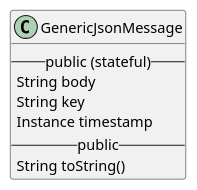
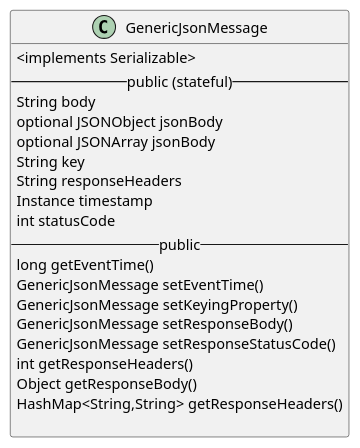
The diagram in docs/diagrams/GenericJsonResponse.puml (datakaveri/iudx-adaptor-framework), drawn with PlantUML before and after one commit. The commit also changed 31 other files, not shown here.

Commit message:
HttpSource flow primer up

```diff
--- a/docs/diagrams/GenericJsonResponse.puml
+++ b/docs/diagrams/GenericJsonResponse.puml
@@ -1,10 +1,23 @@
 @startuml
 class GenericJsonMessage  {
+    <implements Serializable>
   -- public (stateful) --
   String body
+  optional JSONObject jsonBody
+  optional JSONArray jsonBody
   String key
+  String responseHeaders
   Instance timestamp
+  int statusCode
   -- public --
-  String toString()
+  long getEventTime()
+  GenericJsonMessage setEventTime()
+  GenericJsonMessage setKeyingProperty()
+  GenericJsonMessage setResponseBody()
+  GenericJsonMessage setResponseStatusCode()
+  int getResponseHeaders()
+  Object getResponseBody()
+  HashMap<String,String> getResponseHeaders()
+
 }
 @enduml
```
